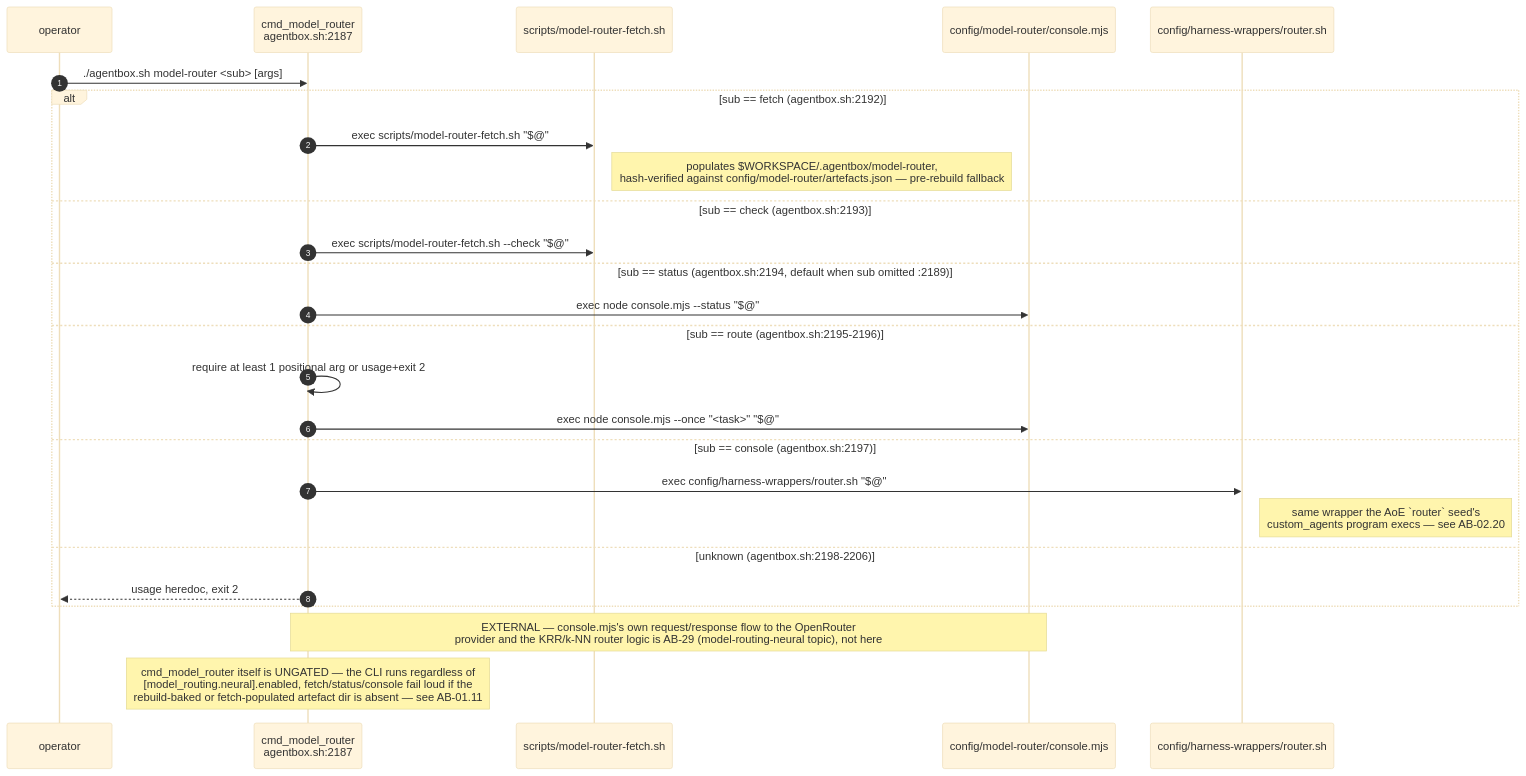
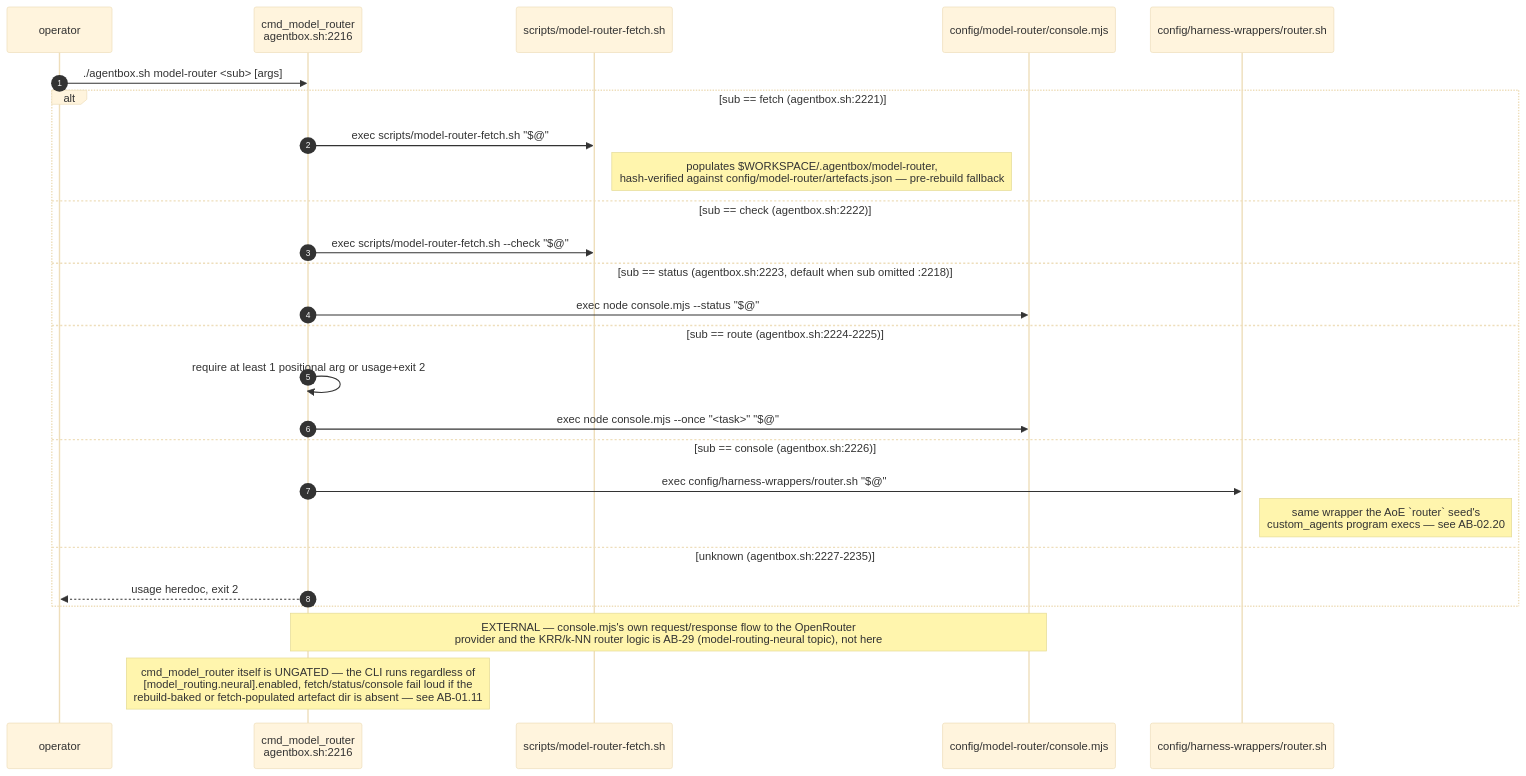
One commit to DreamLab-AI/VisionFlow changed diagram 11 of 15 in docs/diagrams/agentbox/05-manifest-gates-and-cli.md. Above: the diagram before and after it, drawn with Mermaid (base theme). The commit also changed other lines of this file and 14 other files, not shown here.

First line of the commit message:
docs(diagrams): custody role isolation — new AB-36, re-stamp 11 topics at the custody integration head

````diff
--- a/docs/diagrams/agentbox/05-manifest-gates-and-cli.md
+++ b/docs/diagrams/agentbox/05-manifest-gates-and-cli.md
@@ -330,30 +334,30 @@
 ```mermaid
 sequenceDiagram
     autonumber
     participant OP as operator
-    participant AB as cmd_model_router<br/>agentbox.sh:2187
+    participant AB as cmd_model_router<br/>agentbox.sh:2216
     participant FETCH as scripts/model-router-fetch.sh
     participant CONSOLE as config/model-router/console.mjs
     participant WRAP as config/harness-wrappers/router.sh
 
     OP->>AB: ./agentbox.sh model-router <sub> [args]
-    alt sub == fetch (agentbox.sh:2192)
+    alt sub == fetch (agentbox.sh:2221)
         AB->>FETCH: exec scripts/model-router-fetch.sh "$@"
         Note right of FETCH: populates $WORKSPACE/.agentbox/model-router,<br/>hash-verified against config/model-router/artefacts.json — pre-rebuild fallback
-    else sub == check (agentbox.sh:2193)
+    else sub == check (agentbox.sh:2222)
         AB->>FETCH: exec scripts/model-router-fetch.sh --check "$@"
-    else sub == status (agentbox.sh:2194, default when sub omitted :2189)
+    else sub == status (agentbox.sh:2223, default when sub omitted :2218)
         AB->>CONSOLE: exec node console.mjs --status "$@"
-    else sub == route (agentbox.sh:2195-2196)
+    else sub == route (agentbox.sh:2224-2225)
         AB->>AB: require at least 1 positional arg or usage+exit 2
         AB->>CONSOLE: exec node console.mjs --once "<task>" "$@"
-    else sub == console (agentbox.sh:2197)
+    else sub == console (agentbox.sh:2226)
         AB->>WRAP: exec config/harness-wrappers/router.sh "$@"
         Note right of WRAP: same wrapper the AoE `router` seed's<br/>custom_agents program execs — see AB-02.20
-    else unknown (agentbox.sh:2198-2206)
+    else unknown (agentbox.sh:2227-2235)
         AB-->>OP: usage heredoc, exit 2
     end
 
     Note over AB,CONSOLE: EXTERNAL — console.mjs's own request/response flow to the OpenRouter<br/>provider and the KRR/k-NN router logic is AB-29 (model-routing-neural topic), not here
     Note over AB: cmd_model_router itself is UNGATED — the CLI runs regardless of<br/>[model_routing.neural].enabled, fetch/status/console fail loud if the<br/>rebuild-baked or fetch-populated artefact dir is absent — see AB-01.11
 ```
````
